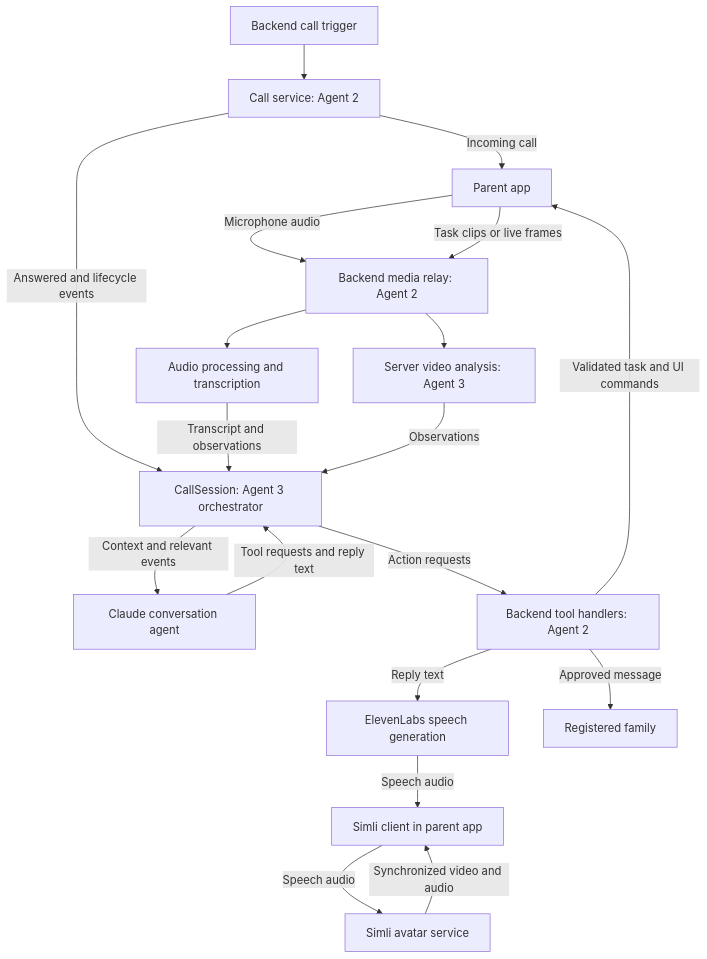
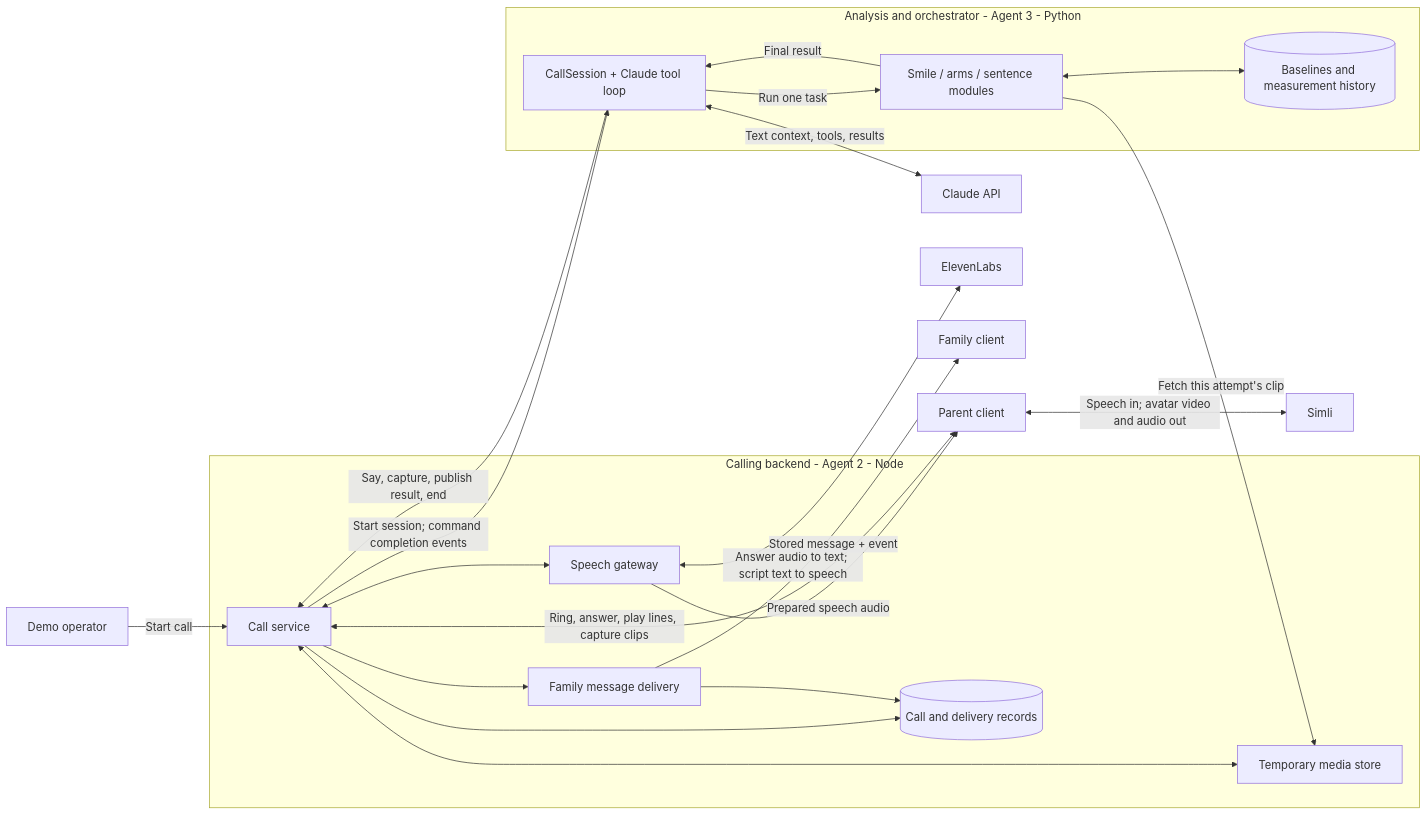
The first of 2 diagrams in backend/ARCHITECTURE_PLAN.md (BruhWherIsMyCode/unfair-weekend), drawn with Mermaid before and after one commit. The commit also changed other lines of this file and 8 other files, not shown here.

Commit message:
backend: define task-based MVP flow and draft contracts

````diff
--- a/backend/ARCHITECTURE_PLAN.md
+++ b/backend/ARCHITECTURE_PLAN.md
@@ -31,21 +11,36 @@
 ```mermaid
-flowchart TD
-    Trigger[Backend call trigger] --> Calls[Call service: Agent 2]
-    Calls -->|Incoming call| App[Parent app]
-    Calls -->|Answered and lifecycle events| Coordinator[CallSession: Agent 3 orchestrator]
-    App -->|Microphone audio| Media[Backend media relay: Agent 2]
-    App -->|Task clips or live frames| Media
-    Media --> Audio[Audio processing and transcription]
-    Media --> Video[Server video analysis: Agent 3]
-    Audio -->|Transcript and observations| Coordinator
-    Video -->|Observations| Coordinator
-    Coordinator -->|Context and relevant events| Claude[Claude conversation agent]
-    Claude -->|Tool requests and reply text| Coordinator
-    Coordinator -->|Action requests| Handlers[Backend tool handlers: Agent 2]
-    Handlers -->|Validated task and UI commands| App
-    Handlers -->|Reply text| Voice[ElevenLabs speech generation]
-    Voice -->|Speech audio| AvatarClient[Simli client in parent app]
-    AvatarClient -->|Speech audio| Simli[Simli avatar service]
-    Simli -->|Synchronized video and audio| AvatarClient
-    Handlers -->|Approved message| Family[Registered family]
+flowchart LR
+    Operator[Demo operator] -->|Start call| Calls
+    Parent[Parent client] <-->|Ring, answer, play lines, capture clips| Calls
+
+    subgraph Backend[Calling backend - Agent 2 - Node]
+        Calls[Call service]
+        Speech[Speech gateway]
+        Media[Temporary media store]
+        Messages[Family message delivery]
+        Records[(Call and delivery records)]
+        Calls <--> Speech
+        Calls <--> Media
+        Calls --> Records
+        Messages --> Records
+    end
+
+    subgraph Analysis[Analysis and orchestrator - Agent 3 - Python]
+        Session[CallSession + Claude tool loop]
+        Tasks[Smile / arms / sentence modules]
+        Baseline[(Baselines and measurement history)]
+        Session -->|Run one task| Tasks
+        Tasks <--> Baseline
+        Tasks -->|Final result| Session
+    end
+
+    Calls -->|Start session; command completion events| Session
+    Session -->|Say, capture, publish result, end| Calls
+    Tasks -->|Fetch this attempt's clip| Media
+    Session <-->|Text context, tools, results| Claude[Claude API]
+    Speech <-->|Answer audio to text; script text to speech| Eleven[ElevenLabs]
+    Speech -->|Prepared speech audio| Parent
+    Parent <-->|Speech in; avatar video and audio out| Simli[Simli]
+    Calls --> Messages
+    Messages -->|Stored message + event| Family[Family client]
 ```
````
